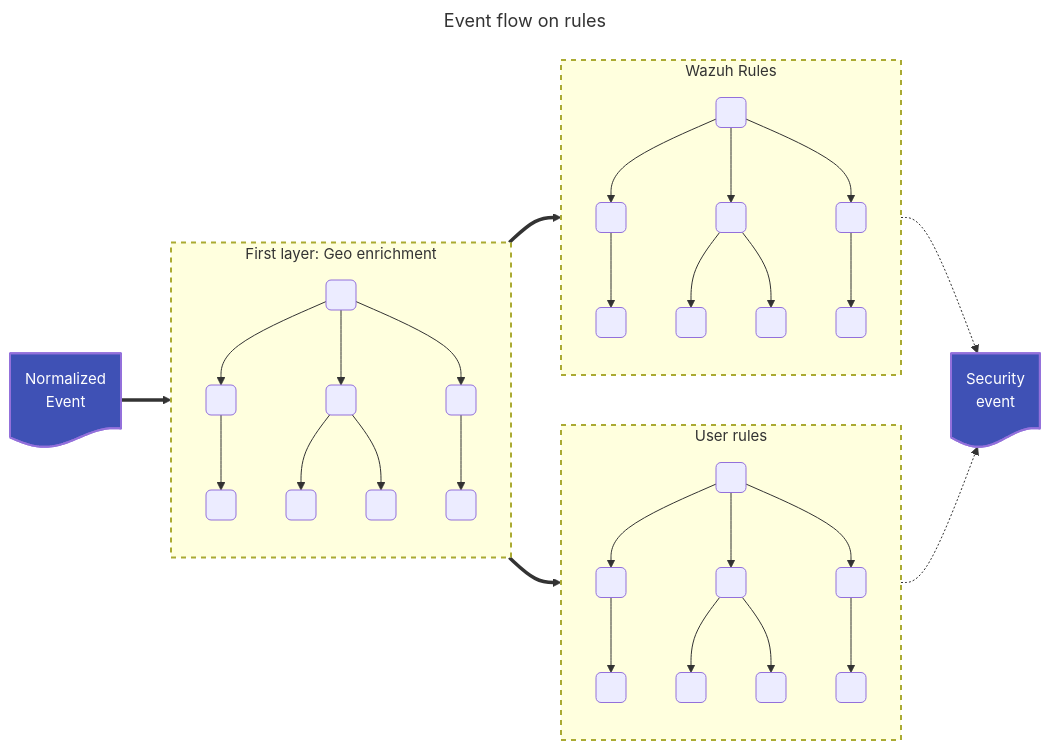
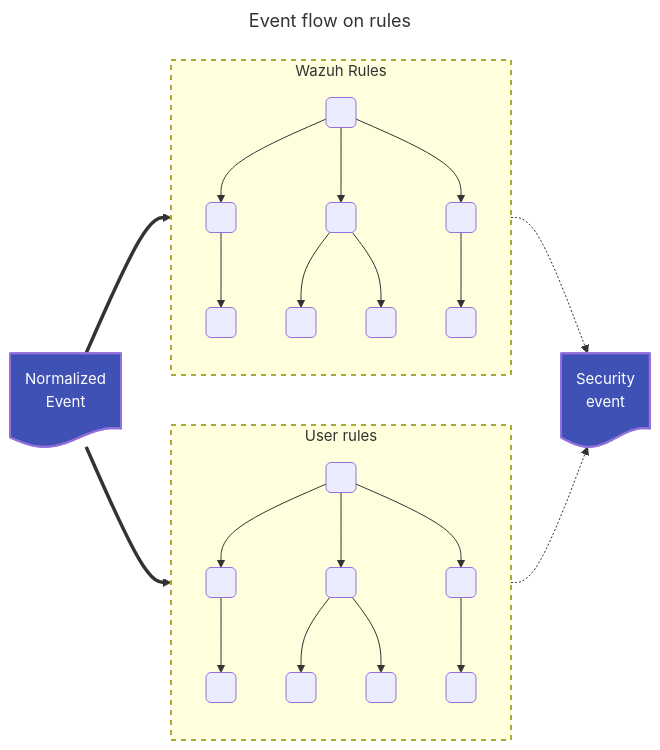
Before and after one commit to wazuh/wazuh: the seventh of 15 diagrams in docs/ref/modules/engine/README.md, drawn with Mermaid. The commit also changed other lines of this file, not shown here.

Commit message:
Add graphics and remove deprecated documentation

````diff
--- a/docs/ref/modules/engine/README.md
+++ b/docs/ref/modules/engine/README.md
@@ -429,74 +450,55 @@
 ```mermaid
 ---
 title: Event flow on rules
 ---
 flowchart LR
 
 classDef EventBoxClass font-size: 15px,stroke-width:2px, color:#fff, fill:#3f51b5
 classDef TreeBoxClass font-size: 15px,stroke-width:2px,stroke-dasharray: 5 5
-
- subgraph firstLayerRulesTree["First layer: Geo enrichment"]
-  direction TB
-
-  firstLayerRules01(" ")
-  firstLayerRules02(" ")
-  firstLayerRules03(" ")
-  firstLayerRules04(" ")
-  firstLayerRules05(" ")
-  firstLayerRules06(" ")
-  firstLayerRules07(" ")
-  firstLayerRules08(" ")
-
-  firstLayerRules01 --> firstLayerRules02 & firstLayerRules03 & firstLayerRules04
-  firstLayerRules02 --> firstLayerRules05
-  firstLayerRules03 --> firstLayerRules06 & firstLayerRules07
-  firstLayerRules04 --> firstLayerRules08
- end
 
  subgraph wazuhRulesTree["Wazuh Rules"]
   direction TB
 
   wazuhRules01(" ")
   wazuhRules02(" ")
   wazuhRules03(" ")
   wazuhRules04(" ")
   wazuhRules05(" ")
   wazuhRules06(" ")
   wazuhRules07(" ")
   wazuhRules08(" ")
 
   wazuhRules01 --> wazuhRules02 & wazuhRules03 & wazuhRules04
   wazuhRules02 --> wazuhRules05
   wazuhRules03 --> wazuhRules06 & wazuhRules07
   wazuhRules04 --> wazuhRules08
  end
 
  subgraph userRulesTree["User rules"]
   direction TB
 
   userRules01(" ")
   userRules02(" ")
   userRules03(" ")
   userRules04(" ")
   userRules05(" ")
   userRules06(" ")
   userRules07(" ")
   userRules08(" ")
 
   userRules01 --> userRules02 & userRules03 & userRules04
   userRules02 --> userRules05
   userRules03 --> userRules06 & userRules07
   userRules04 --> userRules08
 
  end
 
- firstLayerRulesTree:::TreeBoxClass
  wazuhRulesTree:::TreeBoxClass
  userRulesTree:::TreeBoxClass
  eventInput:::EventBoxClass
  eventOutput:::EventBoxClass
 
  %% Pipeline
- eventInput@{shape: doc, label: "Normalized</br>Event"}==>firstLayerRulesTree==>wazuhRulesTree & userRulesTree-.->eventOutput@{shape: doc, label: "Security</br>event"}
+ eventInput@{shape: doc, label: "Normalized</br>Event"}==>wazuhRulesTree & userRulesTree-.->eventOutput@{shape: doc, label: "Security</br>event"}
 
 ```
````
